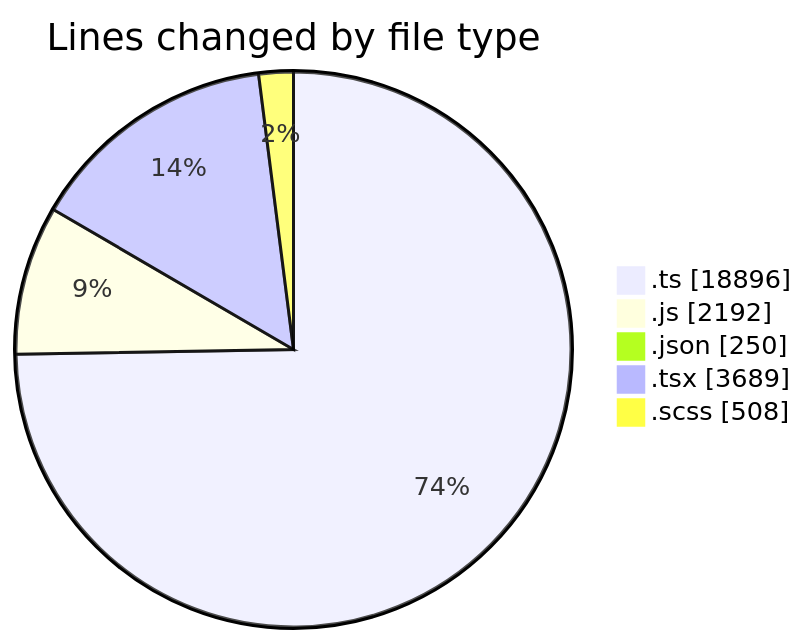
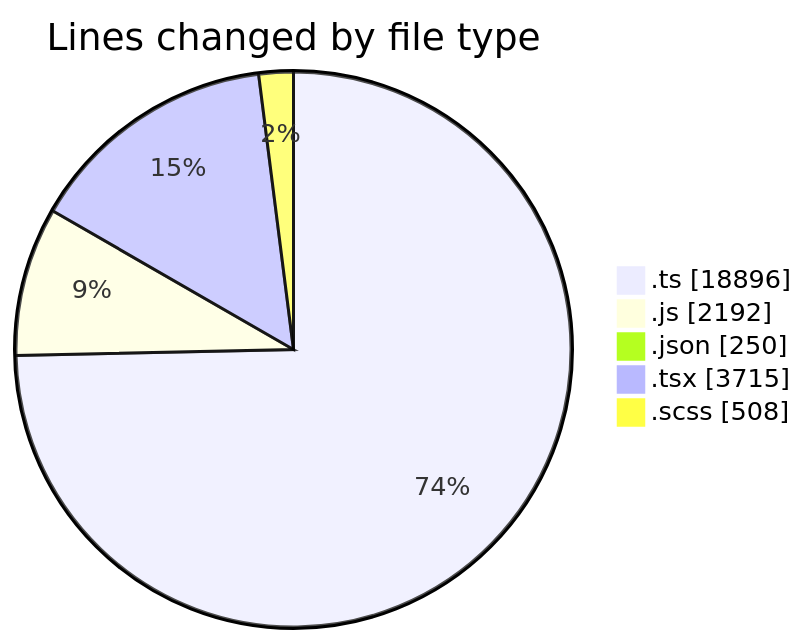
One commit to momahboobian/code-tracking changed the first of 2 diagrams in 2026-06-18/cda/README.md. Above: the diagram before and after it, drawn with Mermaid. The commit also changed other lines of this file and 1 other file, not shown here.

````diff
--- a/2026-06-18/cda/README.md
+++ b/2026-06-18/cda/README.md
@@ -70,9 +70,9 @@
 ```mermaid
 pie showData
 title Lines changed by file type
 ".ts" : 18896
 ".js" : 2192
 ".json" : 250
-".tsx" : 3689
+".tsx" : 3715
 ".scss" : 508
 ```
````
